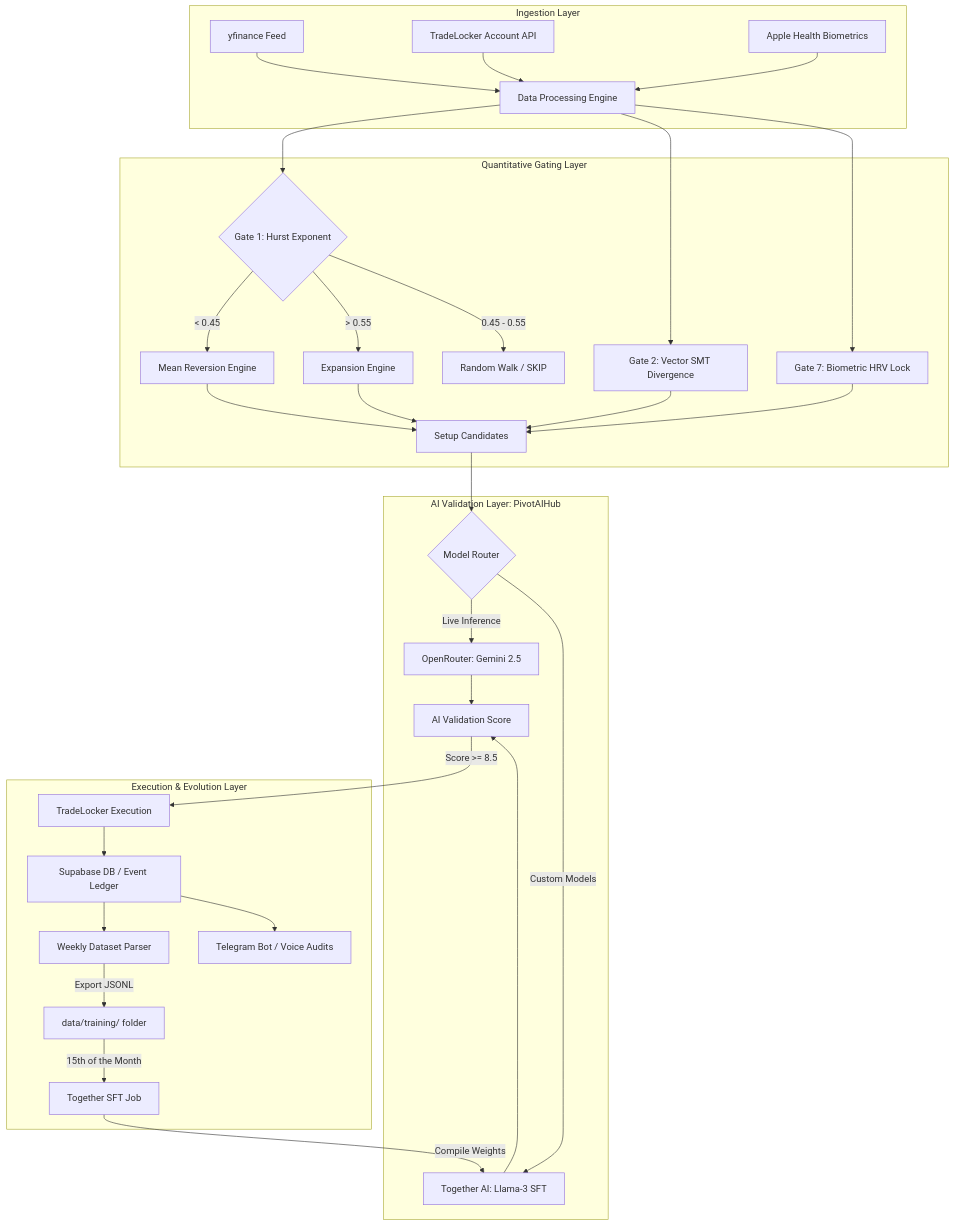
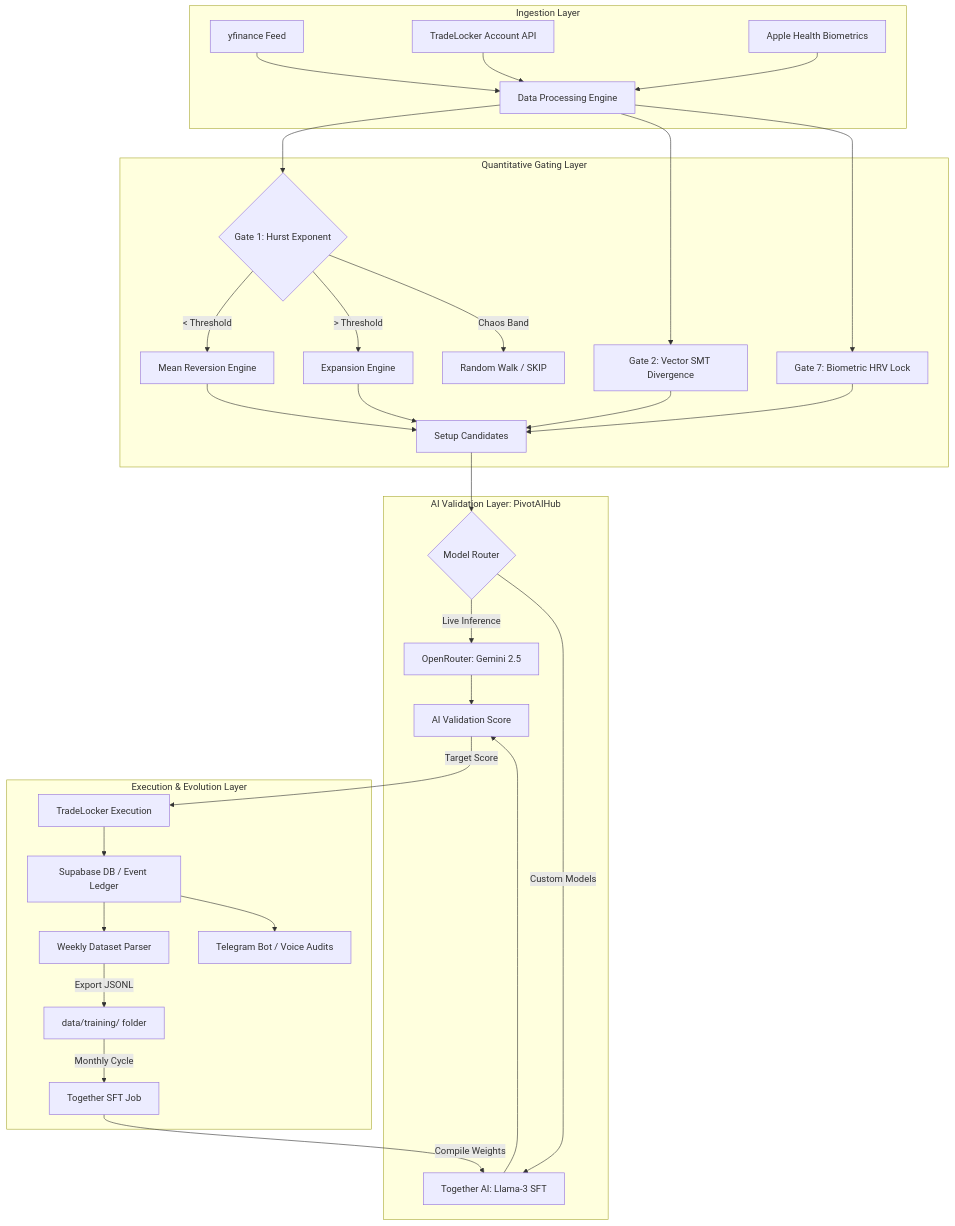
Before and after one commit to nicholasmacaskill/bayesian-pivot-trading-infra-public: the diagram in README.md, drawn with Mermaid. The commit also changed other lines of this file and 361 other files, not shown here.

````diff
--- a/README.md
+++ b/README.md
@@ -16,43 +14,43 @@
 ```mermaid
 flowchart TD
     %% Ingestion Layer
     subgraph Ingestion [Ingestion Layer]
         A1[yfinance Feed] --> B1[Data Processing Engine]
         A2[TradeLocker Account API] --> B1
         A3[Apple Health Biometrics] --> B1
     end
 
     %% Quantitative Gating Layer
     subgraph QG [Quantitative Gating Layer]
         B1 --> C1{Gate 1: Hurst Exponent}
-        C1 -->|< 0.45| D1[Mean Reversion Engine]
-        C1 -->|> 0.55| D2[Expansion Engine]
-        C1 -->|0.45 - 0.55| D3[Random Walk / SKIP]
+        C1 -->|< Threshold| D1[Mean Reversion Engine]
+        C1 -->|> Threshold| D2[Expansion Engine]
+        C1 -->|Chaos Band| D3[Random Walk / SKIP]
         
         B1 --> C2[Gate 2: Vector SMT Divergence]
         B1 --> C3[Gate 7: Biometric HRV Lock]
         
         D1 & D2 & C2 & C3 --> E1[Setup Candidates]
     end
 
     %% AI Validation Layer
     subgraph AIV [AI Validation Layer: PivotAIHub]
         E1 --> F1{Model Router}
         F1 -->|Live Inference| G1[OpenRouter: Gemini 2.5]
         F1 -->|Custom Models| G2[Together AI: Llama-3 SFT]
         G1 & G2 --> H1[AI Validation Score]
     end
 
     %% Execution & Evolution Layer
     subgraph EE [Execution & Evolution Layer]
-        H1 -->|Score >= 8.5| I1[TradeLocker Execution]
+        H1 -->|Target Score| I1[TradeLocker Execution]
         I1 --> J1[Supabase DB / Event Ledger]
         
         J1 --> K1[Weekly Dataset Parser]
         K1 -->|Export JSONL| L1[data/training/ folder]
-        L1 -->|15th of the Month| M1[Together SFT Job]
+        L1 -->|Monthly Cycle| M1[Together SFT Job]
         M1 -->|Compile Weights| G2
         
         J1 --> N1[Telegram Bot / Voice Audits]
     end
 ```
````
